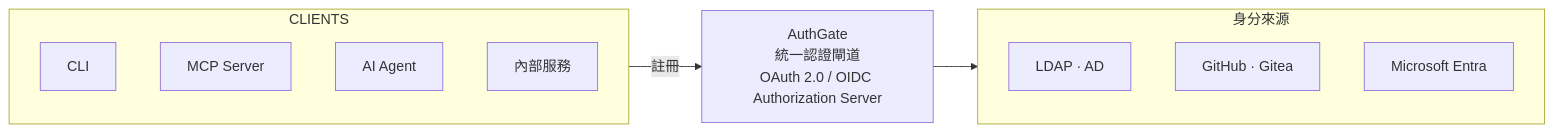
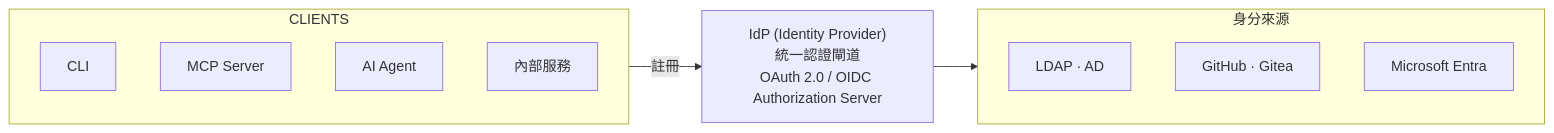
Before and after one commit to appleboy/blog: the fourth of 6 diagrams in content/posts/2026-07-02-ai-agentic-coding-adoption-zh-tw.md, drawn with Mermaid. The commit also changed other lines of this file, not shown here.

First line of the commit message:
docs(posts): add event info and rename AuthGate to IdP

````diff
--- a/content/posts/2026-07-02-ai-agentic-coding-adoption-zh-tw.md
+++ b/content/posts/2026-07-02-ai-agentic-coding-adoption-zh-tw.md
@@ -226,20 +232,20 @@
 ```mermaid
 graph LR
     subgraph clients["CLIENTS"]
         cli["CLI"]
         mcpserver["MCP Server"]
         agent["AI Agent"]
         internal["內部服務"]
     end
 
-    authgate["AuthGate<br/>統一認證閘道<br/>OAuth 2.0 / OIDC Authorization Server"]
+    authgate["IdP (Identity Provider)<br/>統一認證閘道<br/>OAuth 2.0 / OIDC Authorization Server"]
 
     subgraph idp["身分來源"]
         ldap["LDAP · AD"]
         github["GitHub · Gitea"]
         entra["Microsoft Entra"]
     end
 
     clients -->|註冊| authgate
     authgate --> idp
 ```
````
